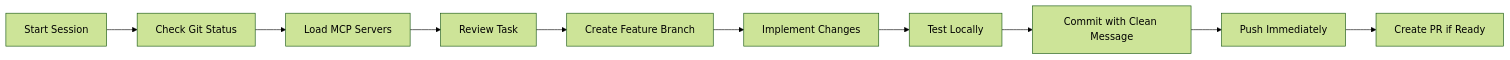
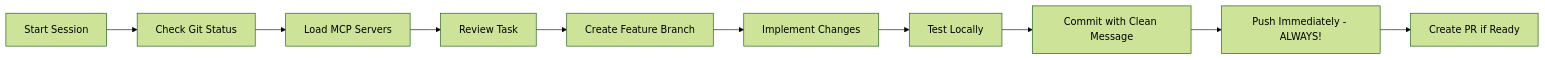
One commit to anmolmanchanda/anmol.am changed the diagram in CLAUDE.md. Above: the diagram before and after it, drawn with Mermaid (forest theme). The commit also changed other lines of this file and 5 other files, not shown here.

````diff
--- a/CLAUDE.md
+++ b/CLAUDE.md
@@ -51,12 +51,12 @@
 ```mermaid
 graph LR
     A[Start Session] --> B[Check Git Status]
     B --> C[Load MCP Servers]
     C --> D[Review Task]
     D --> E[Create Feature Branch]
     E --> F[Implement Changes]
     F --> G[Test Locally]
     G --> H[Commit with Clean Message]
-    H --> I[Push Immediately]
+    H --> I[Push Immediately - ALWAYS!]
     I --> J[Create PR if Ready]
 ```
````
